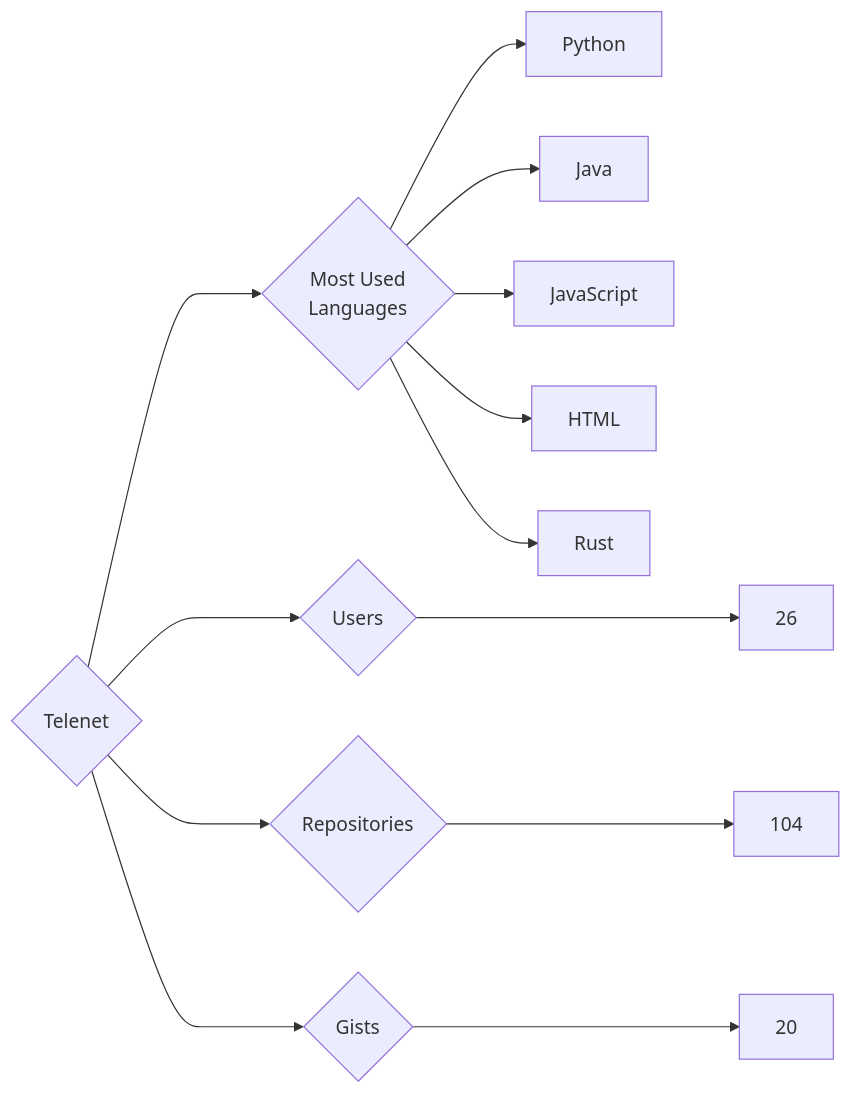
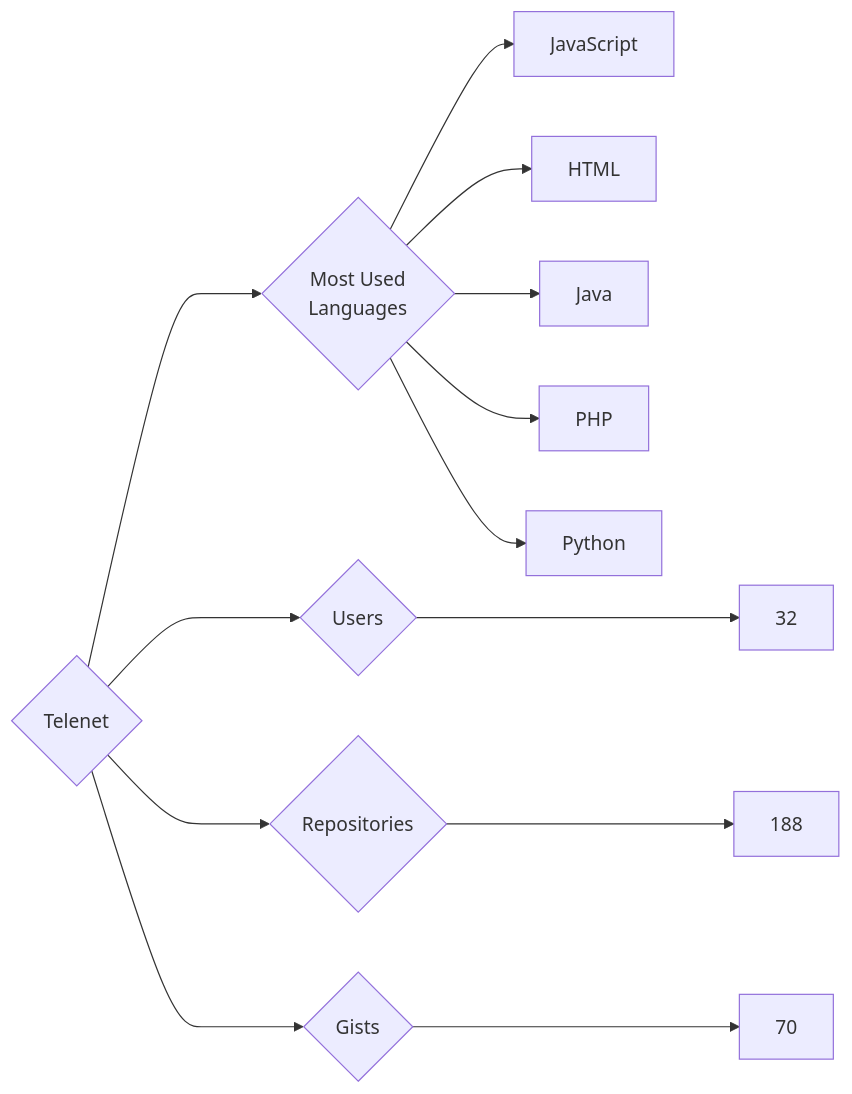
One commit to trickest/insiders changed the diagram in targets/Telenet/README.md. Above: the diagram before and after it, drawn with Mermaid. The commit also changed 903 other files, not shown here.

````diff
--- a/targets/Telenet/README.md
+++ b/targets/Telenet/README.md
@@ -3,13 +3,13 @@
 ```mermaid
 graph LR
 COMPANY_NAME{Telenet}
-COMPANY_NAME ---> U{Users} ---> UN[26]
-COMPANY_NAME ---> R{Repositories} ---> RN[104]
-COMPANY_NAME ---> G{Gists} ---> GN[20]
+COMPANY_NAME ---> U{Users} ---> UN[32]
+COMPANY_NAME ---> R{Repositories} ---> RN[188]
+COMPANY_NAME ---> G{Gists} ---> GN[70]
 COMPANY_NAME ---> ML{Most Used<br>Languages}
-ML --> Python[Python]
-ML --> Java[Java]
 ML --> JavaScript[JavaScript]
 ML --> HTML[HTML]
-ML --> Rust[Rust]
+ML --> Java[Java]
+ML --> PHP[PHP]
+ML --> Python[Python]
 ```
````
